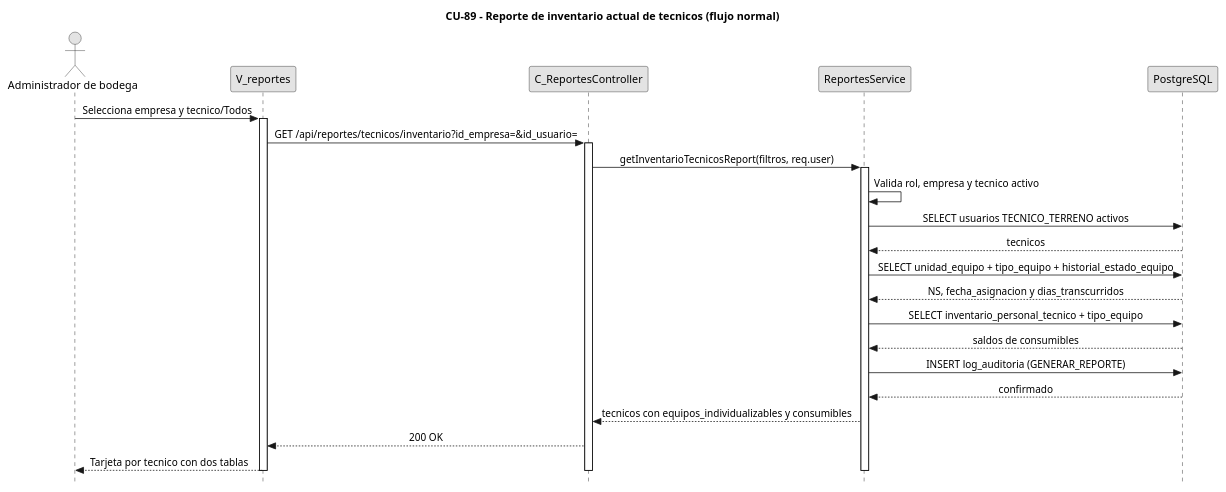
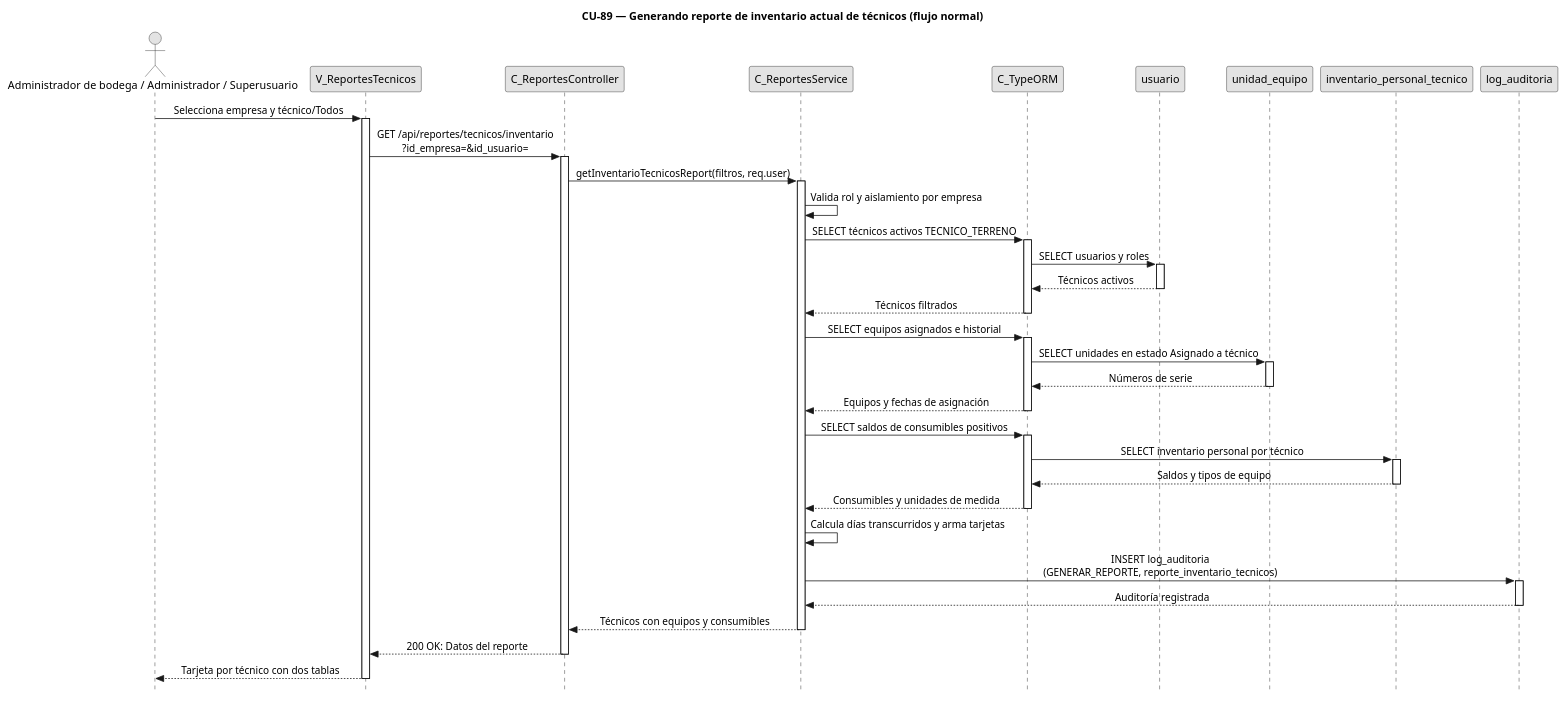
Before and after one commit to FSM-Finet-y-Cable-Magico/Team_1-Inventario-y-Bodega: the diagram in diagramas/diagramas-secuencia/CU89/CU89-normal.puml, drawn with PlantUML. The commit also changed 35 other files, not shown here.

Commit message:
Arreglo de diagramas

```diff
--- a/diagramas/diagramas-secuencia/CU89/CU89-normal.puml
+++ b/diagramas/diagramas-secuencia/CU89/CU89-normal.puml
@@ -1,46 +1,72 @@
-@startuml CU89-Inventario-Tecnicos-Normal
-title CU-89 - Reporte de inventario actual de tecnicos (flujo normal)
+@startuml CU89-normal
+title CU-89 — Generando reporte de inventario actual de técnicos (flujo normal)
+
 skinparam style strictuml
 skinparam monochrome true
 skinparam shadowing false
-skinparam sequenceMessageAlign center
 <style>
 sequenceDiagram {
-	participant { Margin 35 }
-	actor { Margin 15 }
+  participant { Margin 25 }
+  actor { Margin 20 }
 }
 </style>
 skinparam sequence {
 	MessageAlign center
 	LifeLineBorderColor black
 }
 hide footbox
 
-actor "Administrador de bodega" as Usuario
-participant "V_reportes" as V
-participant "C_ReportesController" as C
-participant "ReportesService" as SVC
-participant "PostgreSQL" as DB
+actor "Administrador de bodega / Administrador / Superusuario" as user
+participant "V_ReportesTecnicos" as view
+participant "C_ReportesController" as ctrl
+participant "C_ReportesService" as svc
+participant "C_TypeORM" as orm
+participant "usuario" as uent
+participant "unidad_equipo" as ient
+participant "inventario_personal_tecnico" as pent
+participant "log_auditoria" as aent
 
-Usuario -> V : Selecciona empresa y tecnico/Todos
-activate V
-V -> C : GET /api/reportes/tecnicos/inventario?id_empresa=&id_usuario=
-activate C
-C -> SVC : getInventarioTecnicosReport(filtros, req.user)
-activate SVC
-SVC -> SVC : Valida rol, empresa y tecnico activo
-SVC -> DB : SELECT usuarios TECNICO_TERRENO activos
-DB --> SVC : tecnicos
-SVC -> DB : SELECT unidad_equipo + tipo_equipo + historial_estado_equipo
-DB --> SVC : NS, fecha_asignacion y dias_transcurridos
-SVC -> DB : SELECT inventario_personal_tecnico + tipo_equipo
-DB --> SVC : saldos de consumibles
-SVC -> DB : INSERT log_auditoria (GENERAR_REPORTE)
-DB --> SVC : confirmado
-SVC --> C : tecnicos con equipos_individualizables y consumibles
-C --> V : 200 OK
-V --> Usuario : Tarjeta por tecnico con dos tablas
- deactivate SVC
- deactivate C
- deactivate V
+user -> view : Selecciona empresa y técnico/Todos
+activate view
+view -> ctrl : GET /api/reportes/tecnicos/inventario\n?id_empresa=&id_usuario=
+activate ctrl
+ctrl -> svc : getInventarioTecnicosReport(filtros, req.user)
+activate svc
+svc -> svc : Valida rol y aislamiento por empresa
+svc -> orm : SELECT técnicos activos TECNICO_TERRENO
+activate orm
+orm -> uent : SELECT usuarios y roles
+activate uent
+uent --> orm : Técnicos activos
+deactivate uent
+orm --> svc : Técnicos filtrados
+deactivate orm
+svc -> orm : SELECT equipos asignados e historial
+activate orm
+orm -> ient : SELECT unidades en estado Asignado a técnico
+activate ient
+ient --> orm : Números de serie
+deactivate ient
+orm --> svc : Equipos y fechas de asignación
+deactivate orm
+svc -> orm : SELECT saldos de consumibles positivos
+activate orm
+orm -> pent : SELECT inventario personal por técnico
+activate pent
+pent --> orm : Saldos y tipos de equipo
+deactivate pent
+orm --> svc : Consumibles y unidades de medida
+deactivate orm
+svc -> svc : Calcula días transcurridos y arma tarjetas
+svc -> aent : INSERT log_auditoria\n(GENERAR_REPORTE, reporte_inventario_tecnicos)
+activate aent
+aent --> svc : Auditoría registrada
+deactivate aent
+svc --> ctrl : Técnicos con equipos y consumibles
+deactivate svc
+ctrl --> view : 200 OK: Datos del reporte
+deactivate ctrl
+view --> user : Tarjeta por técnico con dos tablas
+deactivate view
+
 @enduml
```
